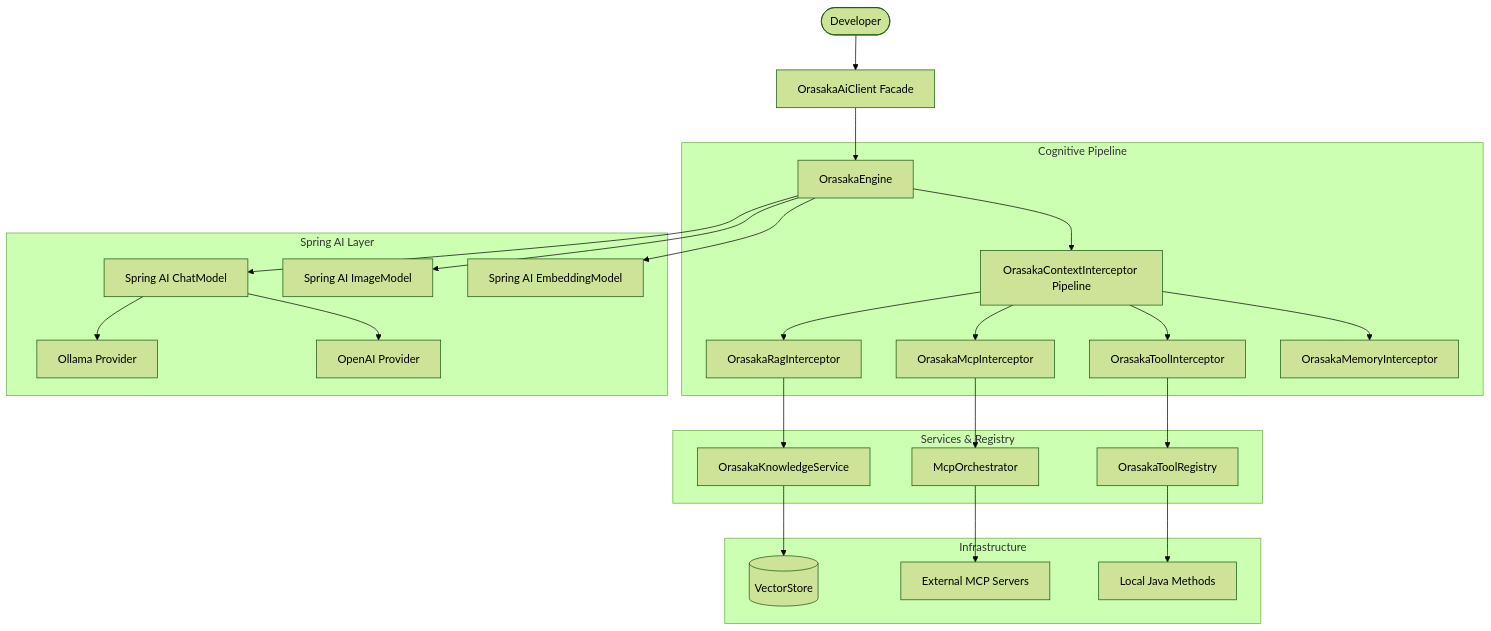
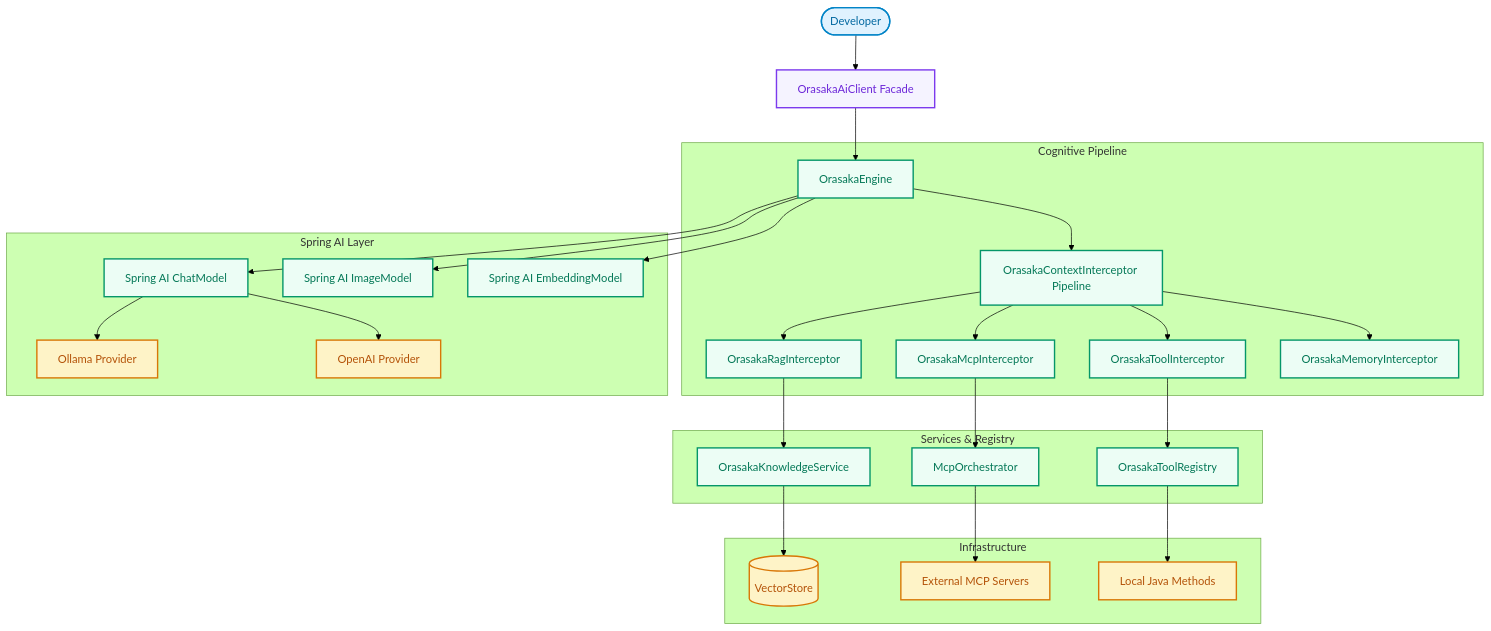
The third of 3 diagrams in docs/ARCHITECTURE.md (oussamaABID/orasaka), drawn with Mermaid (forest theme) before and after one commit. The commit also changed other lines of this file and 1 other file, not shown here.

Commit message:
docs(mermaid): style and unify Mermaid flowcharts in ARCHITECTURE.md and README.md

````diff
--- a/docs/ARCHITECTURE.md
+++ b/docs/ARCHITECTURE.md
@@ -102,34 +115,44 @@
 ```mermaid
 graph TD
     User([Developer]) --> Client[OrasakaAiClient Facade]
     Client --> Engine[OrasakaEngine]
     
     subgraph Cognitive Pipeline
         Engine --> Interceptors[OrasakaContextInterceptor Pipeline]
         Interceptors --> ToolInterceptor[OrasakaToolInterceptor]
         Interceptors --> RagInterceptor[OrasakaRagInterceptor]
         Interceptors --> McpInterceptor[OrasakaMcpInterceptor]
         Interceptors --> MemoryInterceptor[OrasakaMemoryInterceptor]
     end
     
     subgraph Services & Registry
         ToolInterceptor --> ToolRegistry[OrasakaToolRegistry]
         RagInterceptor --> KnowledgeService[OrasakaKnowledgeService]
         McpInterceptor --> McpOrchestrator[McpOrchestrator]
     end
     
     subgraph Spring AI Layer
         Engine --> ChatModel[Spring AI ChatModel]
         Engine --> ImageModel[Spring AI ImageModel]
         Engine --> EmbeddingModel[Spring AI EmbeddingModel]
         
         ChatModel --> Ollama[Ollama Provider]
         ChatModel --> OpenAI[OpenAI Provider]
     end
     
     subgraph Infrastructure
         KnowledgeService --> VectorStore[(VectorStore)]
         McpOrchestrator --> McpServer[External MCP Servers]
         ToolRegistry --> JavaMethods[Local Java Methods]
     end
+
+    classDef client fill:#e0f2fe,stroke:#0284c7,stroke-width:2px,color:#0369a1;
+    classDef bff fill:#f5f3ff,stroke:#7c3aed,stroke-width:2px,color:#6d28d9;
+    classDef core fill:#ecfdf5,stroke:#059669,stroke-width:2px,color:#047857;
+    classDef infra fill:#fef3c7,stroke:#d97706,stroke-width:2px,color:#b45309;
+    
+    class User client;
+    class Client bff;
+    class Engine,Interceptors,ToolInterceptor,RagInterceptor,McpInterceptor,MemoryInterceptor,ToolRegistry,KnowledgeService,McpOrchestrator,ChatModel,ImageModel,EmbeddingModel core;
+    class Ollama,OpenAI,VectorStore,McpServer,JavaMethods infra;
 ```
````
